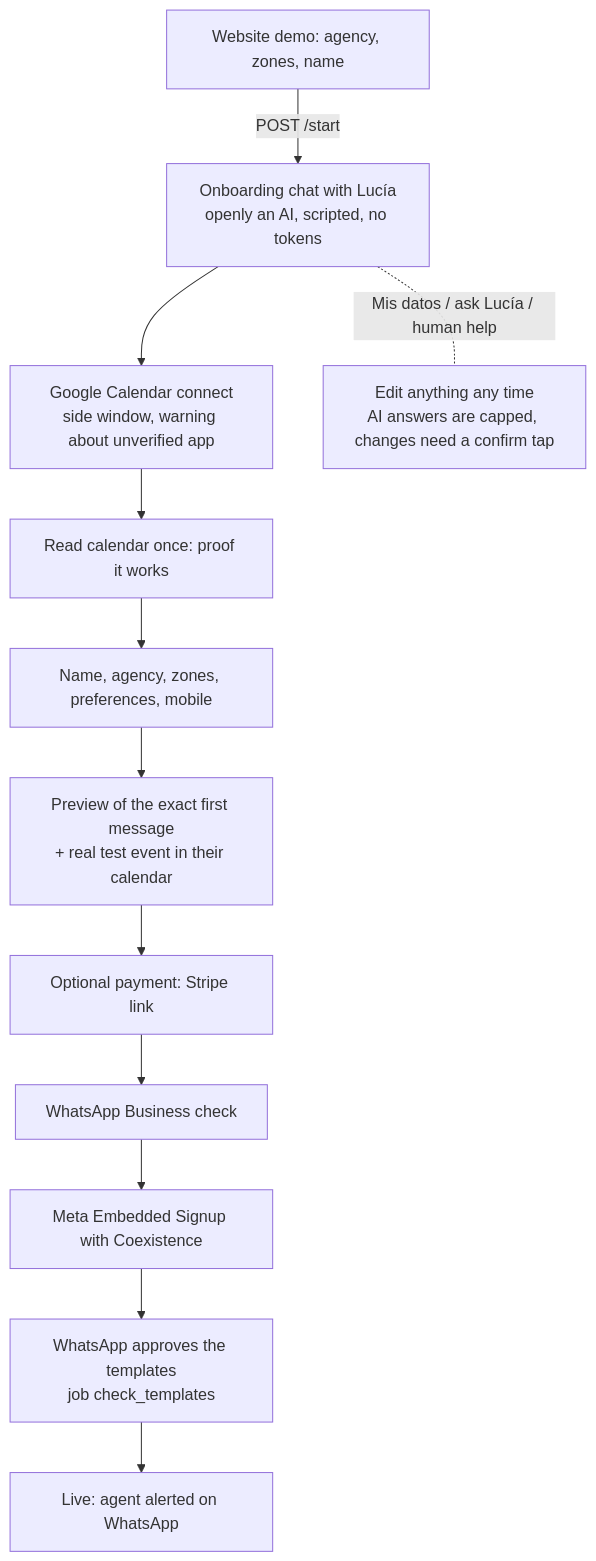
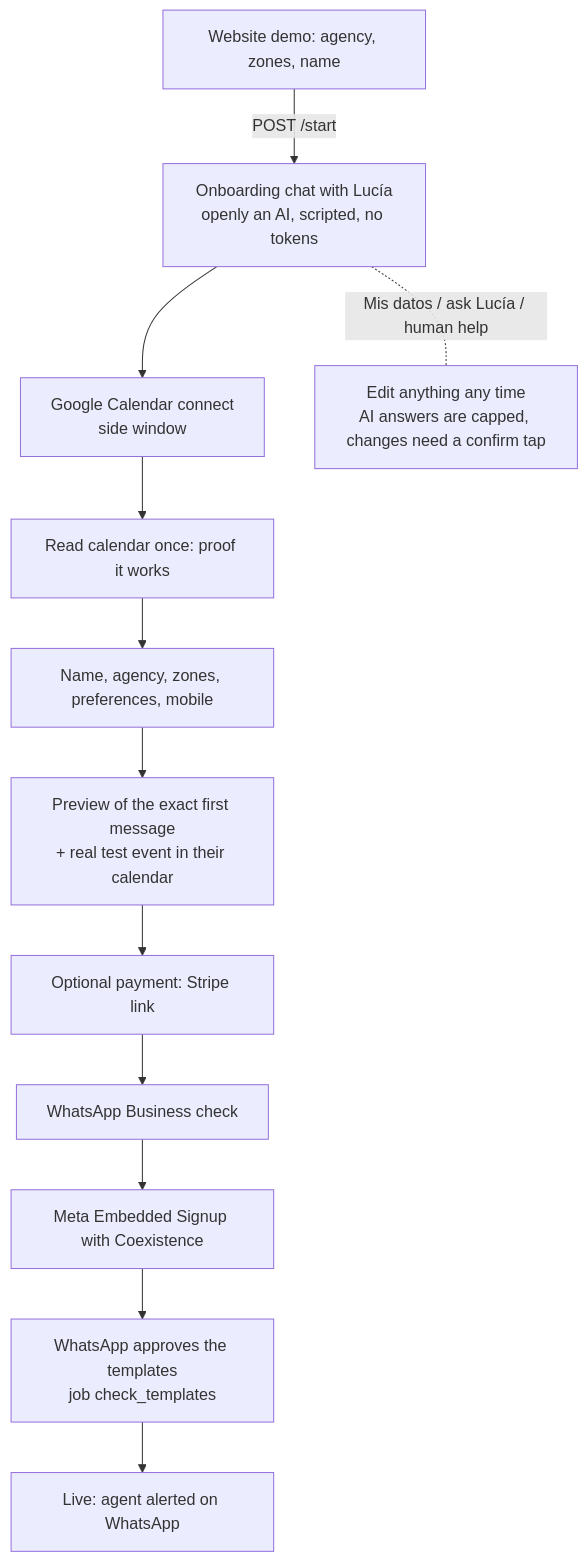
One commit to NaimGQKC/bbgInControl changed the third of 3 diagrams in docs/ARCHITECTURE.md. Above: the diagram before and after it, drawn with Mermaid. The commit also changed 3 other files, not shown here.

First line of the commit message:
Google is verified: remove the unverified-app warning from the onboarding and docs

````diff
--- a/docs/ARCHITECTURE.md
+++ b/docs/ARCHITECTURE.md
@@ -88,14 +88,14 @@
 ```mermaid
 flowchart TD
     A[Website demo: agency, zones, name] -->|POST /start| B[Onboarding chat with Lucía<br/>openly an AI, scripted, no tokens]
-    B --> C[Google Calendar connect<br/>side window, warning about unverified app]
+    B --> C[Google Calendar connect<br/>side window]
     C --> D[Read calendar once: proof it works]
     D --> E[Name, agency, zones, preferences, mobile]
     E --> F[Preview of the exact first message<br/>+ real test event in their calendar]
     F --> G[Optional payment: Stripe link]
     G --> H[WhatsApp Business check]
     H --> I[Meta Embedded Signup with Coexistence]
     I --> J[WhatsApp approves the templates<br/>job check_templates]
     J --> K[Live: agent alerted on WhatsApp]
     B -. "Mis datos / ask Lucía / human help" .- L[Edit anything any time<br/>AI answers are capped, changes need a confirm tap]
 ```
````
